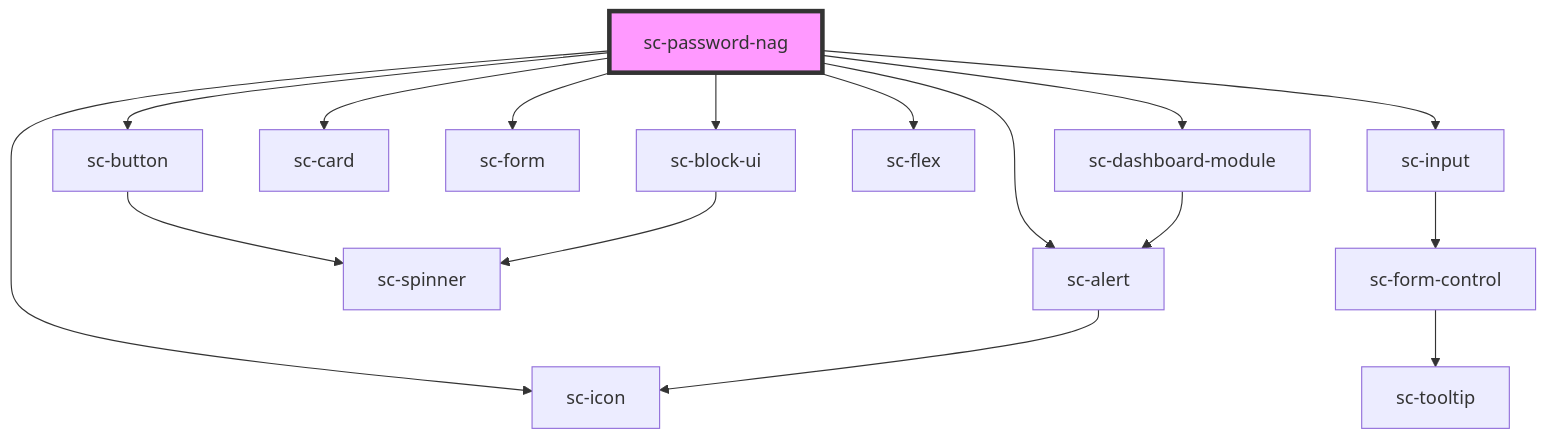
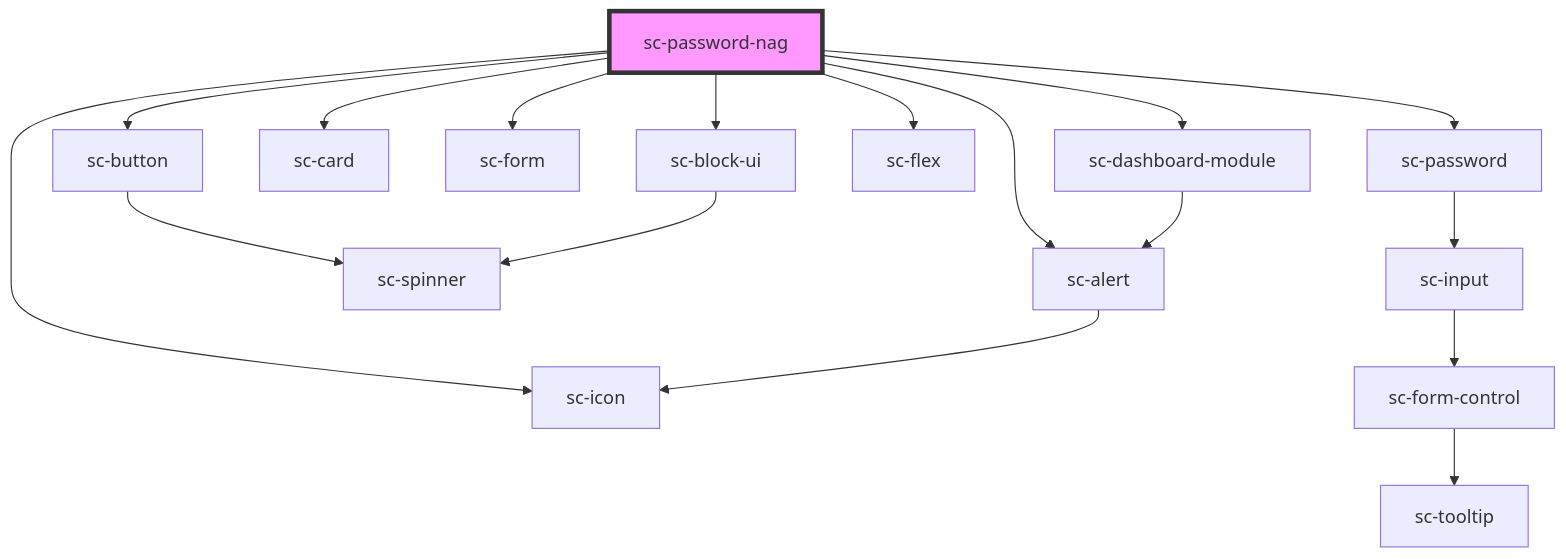
One commit to surecart/surecart-wp-plugin changed the diagram in packages/components/src/components/controllers/dashboard/sc-password-nag/readme.md. Above: the diagram before and after it, drawn with Mermaid. The commit also changed other lines of this file and 29 other files, not shown here.

````diff
--- a/packages/components/src/components/controllers/dashboard/sc-password-nag/readme.md
+++ b/packages/components/src/components/controllers/dashboard/sc-password-nag/readme.md
@@ -33,19 +33,20 @@
 ```mermaid
 graph TD;
   sc-password-nag --> sc-alert
   sc-password-nag --> sc-dashboard-module
   sc-password-nag --> sc-button
   sc-password-nag --> sc-icon
   sc-password-nag --> sc-card
   sc-password-nag --> sc-form
-  sc-password-nag --> sc-input
+  sc-password-nag --> sc-password
   sc-password-nag --> sc-flex
   sc-password-nag --> sc-block-ui
   sc-alert --> sc-icon
   sc-dashboard-module --> sc-alert
   sc-button --> sc-spinner
+  sc-password --> sc-input
   sc-input --> sc-form-control
   sc-form-control --> sc-tooltip
   sc-block-ui --> sc-spinner
   style sc-password-nag fill:#f9f,stroke:#333,stroke-width:4px
 ```
````
